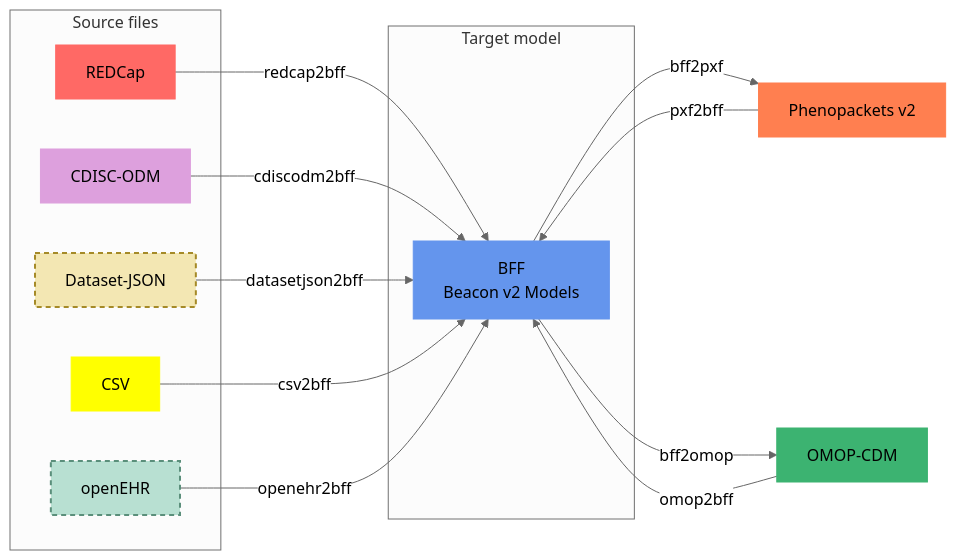
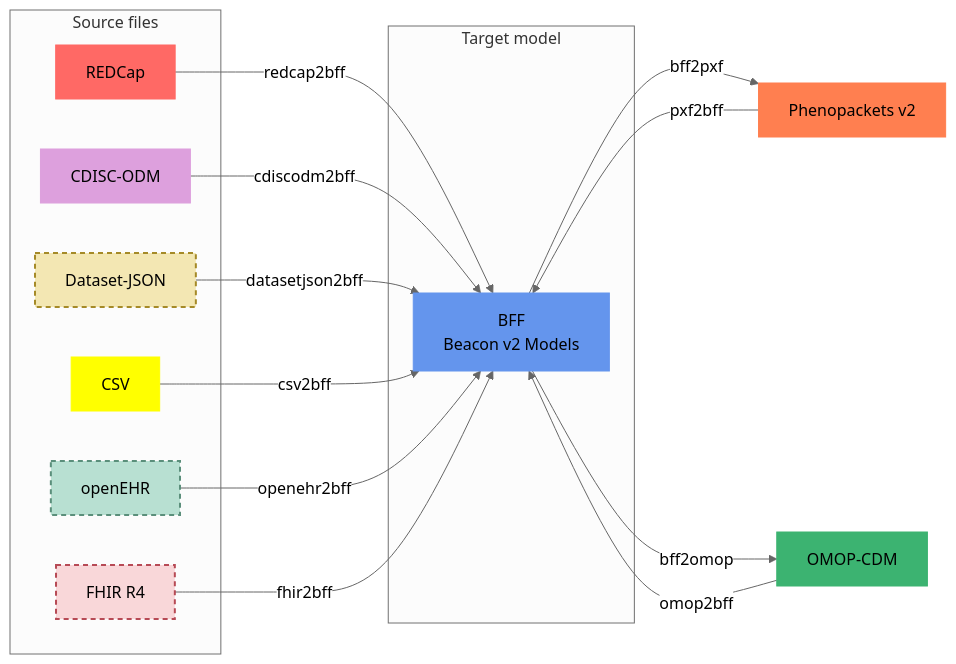
One commit to CNAG-Biomedical-Informatics/convert-pheno changed the first of 2 diagrams in docs-site/docs/supported-formats.mdx. Above: the diagram before and after it, drawn with Mermaid. The commit also changed other lines of this file and 60 other files, not shown here.

````diff
--- a/docs-site/docs/supported-formats.mdx
+++ b/docs-site/docs/supported-formats.mdx
@@ -16,34 +16,37 @@
 ```mermaid
 %%{init:{'theme':'neutral'}}%%
 graph LR
   subgraph "Source files"
     C[REDCap]
     E[CDISC-ODM]
     H[Dataset-JSON]
     F[CSV]
     G[openEHR]
+    J[FHIR R4]
   end
 
   subgraph "Target model"
     A["BFF<br/>Beacon v2 Models"]
   end
 
   C -->|redcap2bff| A
   E -->|cdiscodm2bff| A
   H -->|datasetjson2bff| A
   F -->|csv2bff| A
   G -->|openehr2bff| A
+  J -->|fhir2bff| A
   B[Phenopackets v2] -->|pxf2bff| A
   A -->|bff2pxf| B
   D[OMOP-CDM] -->|omop2bff| A
   A -->|bff2omop| D
 
   style A fill:#6495ED,stroke:#6495ED
   style B fill:#FF7F50,stroke:#FF7F50
   style C fill:#FF6965,stroke:#FF6965
   style D fill:#3CB371,stroke:#3CB371
   style E fill:#DDA0DD,stroke:#DDA0DD
   style H fill:#F3E7B3,stroke:#A58A28,stroke-width:2px,stroke-dasharray:5 4
   style F fill:#FFFF00,stroke:#FFFF00
   style G fill:#B8E0D2,stroke:#5B8F7B,stroke-width:2px,stroke-dasharray:5 4
+  style J fill:#F9D7D9,stroke:#B74A55,stroke-width:2px,stroke-dasharray:5 4
 ```
````
